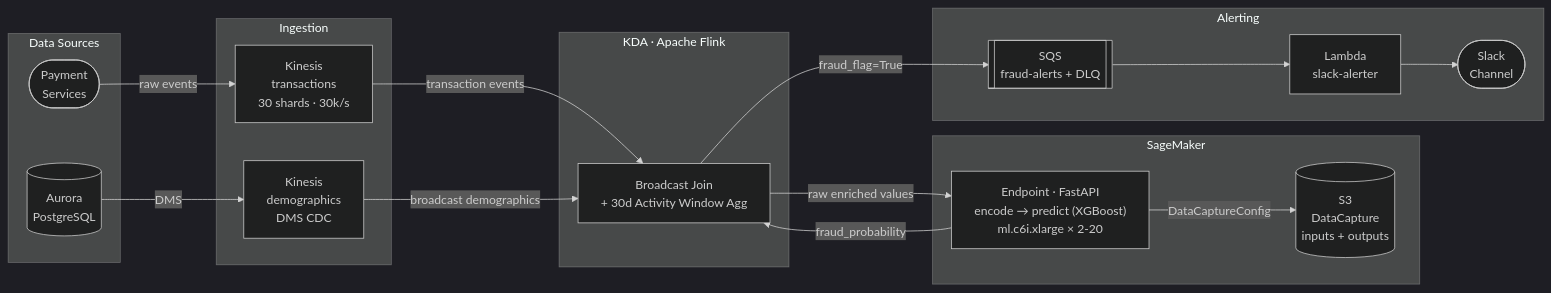
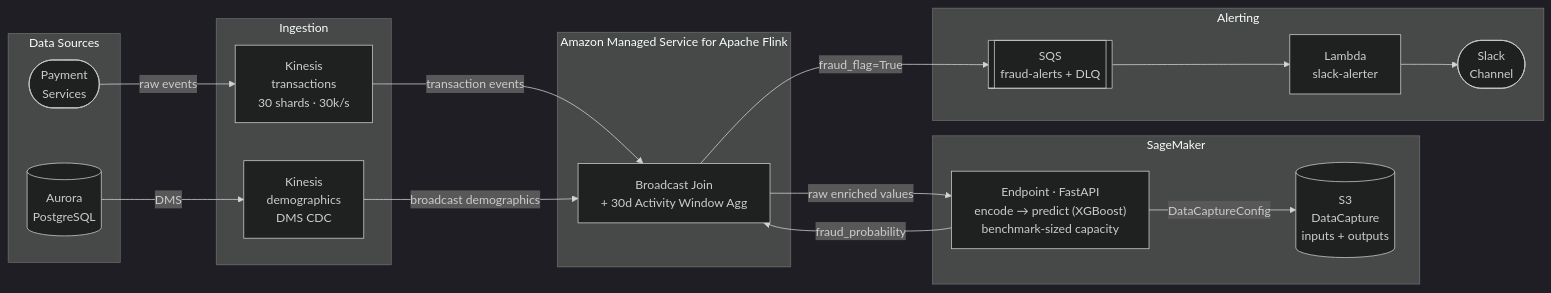
One commit to ruodingt/sg-plan changed the diagram in README.md. Above: the diagram before and after it, drawn with Mermaid (dark theme). The commit also changed other lines of this file and 3 other files, not shown here.

Commit message:
Clarify MLOps architecture assumptions (#2)

````diff
--- a/README.md
+++ b/README.md
@@ -17,38 +17,38 @@
 ```mermaid
 flowchart LR
     subgraph SRC["Data Sources"]
         PS(["Payment\nServices"])
         PG[("Aurora\nPostgreSQL")]
     end
 
     subgraph ING["Ingestion"]
         KT["Kinesis\ntransactions\n30 shards · 30k/s"]
         KD["Kinesis\ndemographics\nDMS CDC"]
     end
 
-    subgraph FL_BOX["KDA · Apache Flink"]
+    subgraph FL_BOX["Amazon Managed Service for Apache Flink"]
         FL["Broadcast Join\n+ 30d Activity Window Agg"]
     end
 
     subgraph SM_BOX["SageMaker"]
-        SM["Endpoint · FastAPI\nencode → predict (XGBoost)\nml.c6i.xlarge × 2-20"]
+        SM["Endpoint · FastAPI\nencode → predict (XGBoost)\nbenchmark-sized capacity"]
         S3C[("S3\nDataCapture\ninputs + outputs")]
     end
 
     subgraph ALERT["Alerting"]
         SQS[["SQS\nfraud-alerts + DLQ"]]
         LAM["Lambda\nslack-alerter"]
         SLK(["Slack\nChannel"])
     end
 
     PS -->|raw events| KT
     PG -->|DMS| KD
     KT -->|transaction events| FL
     KD -->|broadcast demographics| FL
     FL -->|raw enriched values| SM
     SM -->|DataCaptureConfig| S3C
     SM -->|fraud_probability| FL
     FL -->|"fraud_flag=True"| SQS
     SQS --> LAM
     LAM --> SLK
 ```
````
